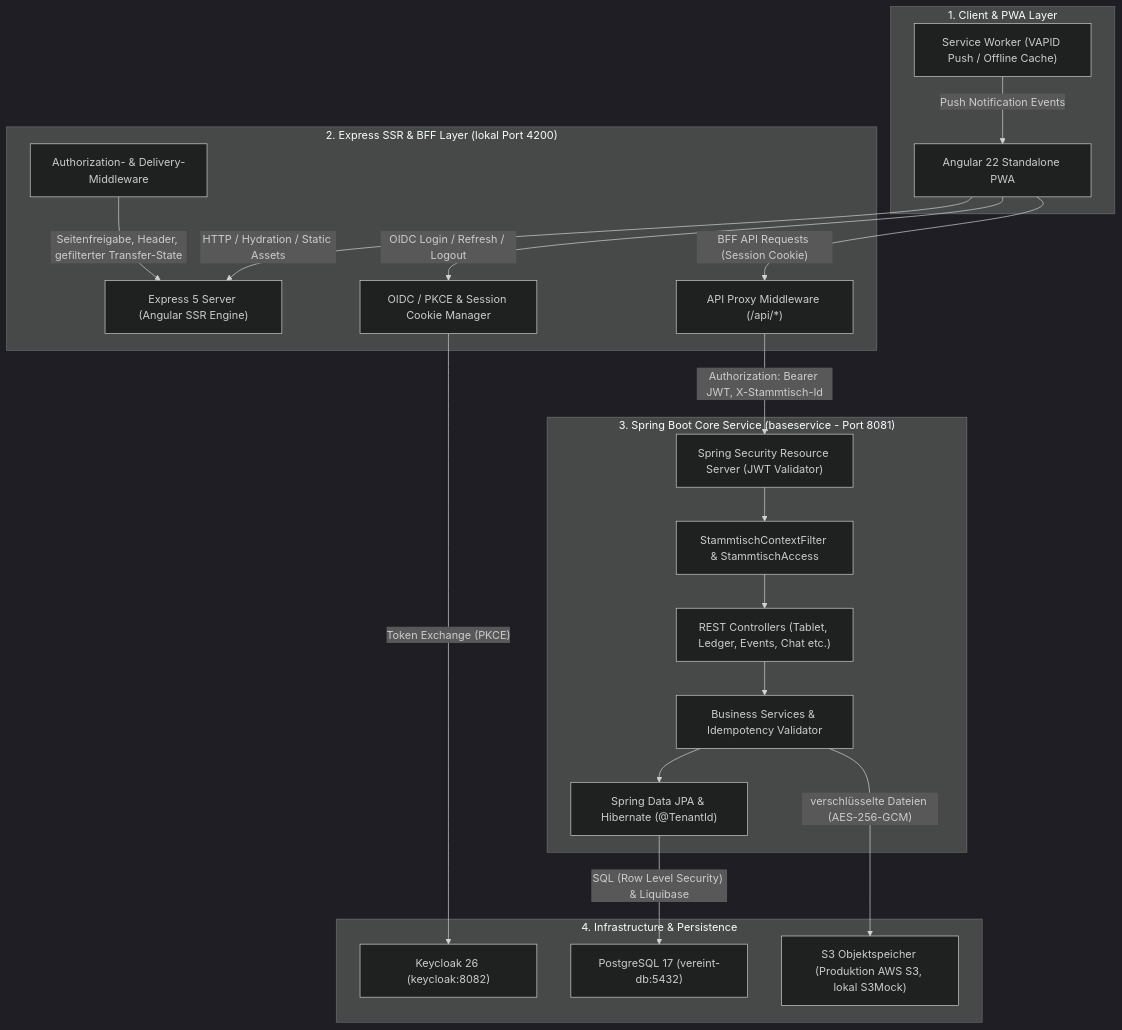
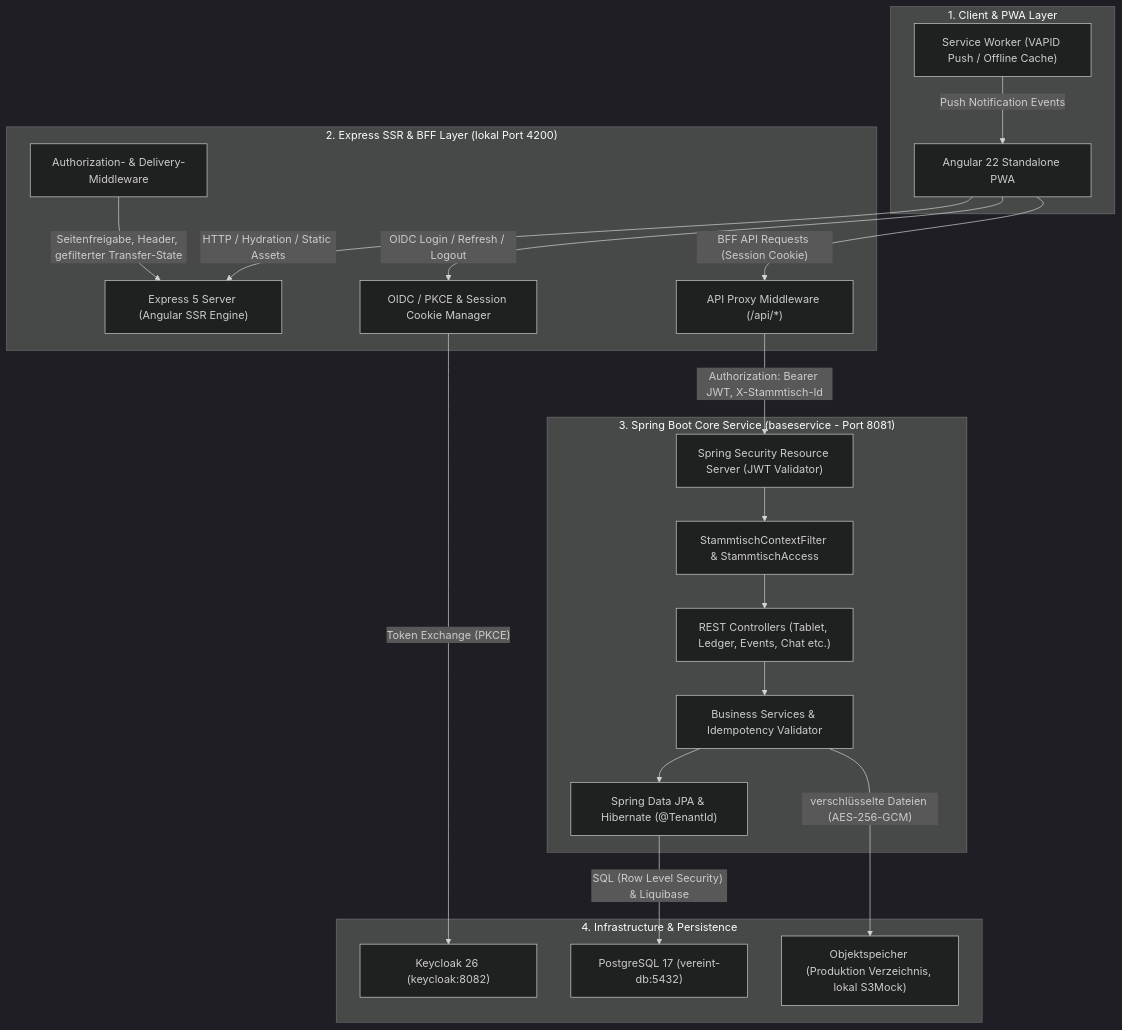
One commit to damaurer/vereint changed the first of 2 diagrams in docs/architecture/system-overview.md. Above: the diagram before and after it, drawn with Mermaid (dark theme). The commit also changed other lines of this file and 11 other files, not shown here.

````diff
--- a/docs/architecture/system-overview.md
+++ b/docs/architecture/system-overview.md
@@ -11,44 +11,44 @@
 ```mermaid
 graph TD
     subgraph ClientLayer ["1. Client & PWA Layer"]
         Browser["Angular 22 Standalone PWA"]
         SW["Service Worker (VAPID Push / Offline Cache)"]
     end
 
     subgraph BFFLayer ["2. Express SSR & BFF Layer (lokal Port 4200)"]
         SSR["Express 5 Server (Angular SSR Engine)"]
         AuthBFF["OIDC / PKCE & Session Cookie Manager"]
         DeliveryMW["Authorization- & Delivery-Middleware"]
         ApiProxy["API Proxy Middleware (/api/*)"]
     end
 
     subgraph BackendLayer ["3. Spring Boot Core Service (baseservice - Port 8081)"]
         SecFilter["Spring Security Resource Server (JWT Validator)"]
         AccessCtrl["StammtischContextFilter & StammtischAccess"]
         Controllers["REST Controllers (Tablet, Ledger, Events, Chat etc.)"]
         Services["Business Services & Idempotency Validator"]
         DataLayer["Spring Data JPA & Hibernate (@TenantId)"]
     end
 
     subgraph InfraLayer ["4. Infrastructure & Persistence"]
         PG["PostgreSQL 17 (vereint-db:5432)"]
         KC["Keycloak 26 (keycloak:8082)"]
-        S3["S3 Objektspeicher (Produktion AWS S3, lokal S3Mock)"]
+        S3["Objektspeicher (Produktion Verzeichnis, lokal S3Mock)"]
     end
 
     Browser -->|HTTP / Hydration / Static Assets| SSR
     Browser -->|OIDC Login / Refresh / Logout| AuthBFF
     Browser -->|"BFF API Requests (Session Cookie)"| ApiProxy
     SW -->|Push Notification Events| Browser
 
     AuthBFF -->|"Token Exchange (PKCE)"| KC
     DeliveryMW -->|"Seitenfreigabe, Header, gefilterter Transfer-State"| SSR
     ApiProxy -->|"Authorization: Bearer JWT, X-Stammtisch-Id"| SecFilter
 
     SecFilter --> AccessCtrl
     AccessCtrl --> Controllers
     Controllers --> Services
     Services --> DataLayer
     DataLayer -->|"SQL (Row Level Security) & Liquibase"| PG
     Services -->|"verschlüsselte Dateien (AES-256-GCM)"| S3
 ```
````
